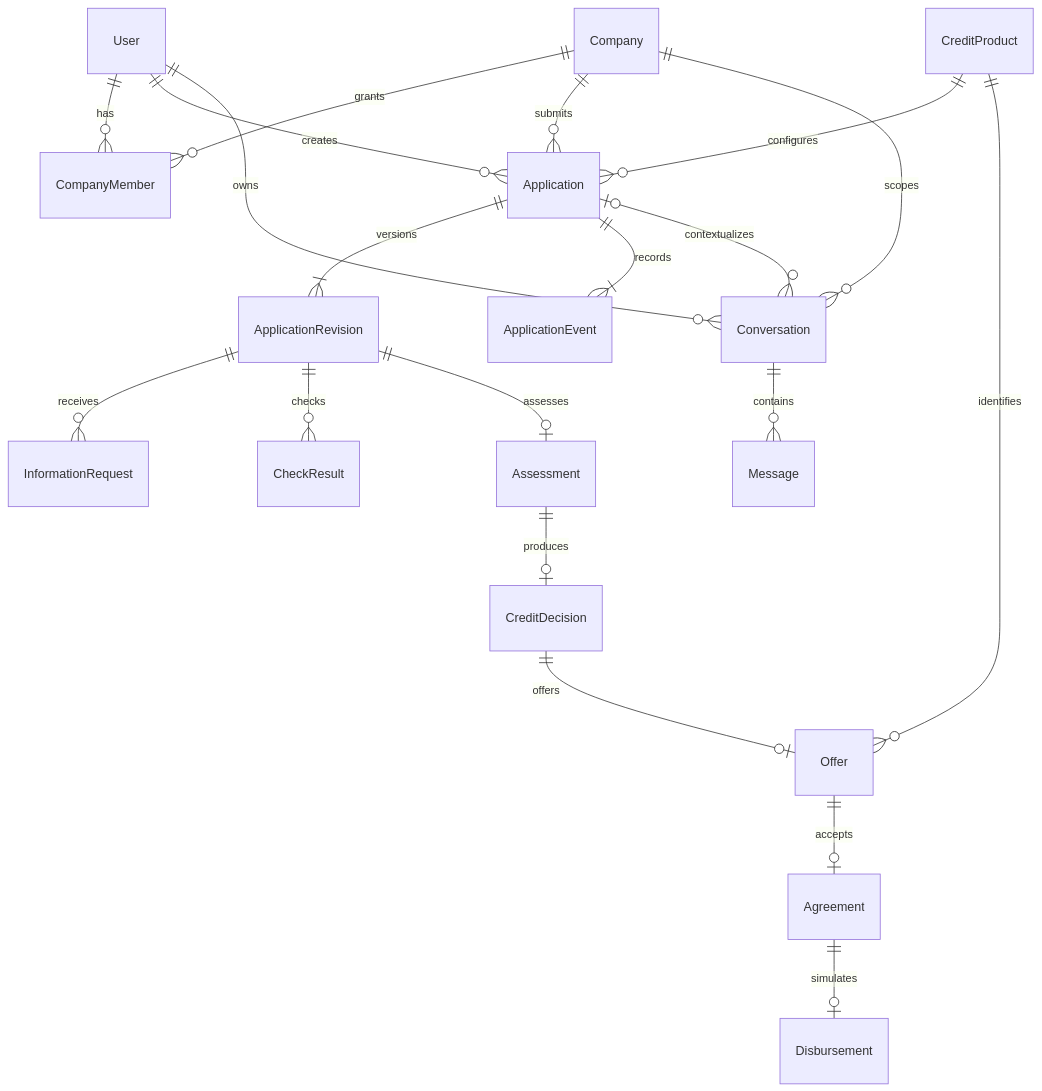
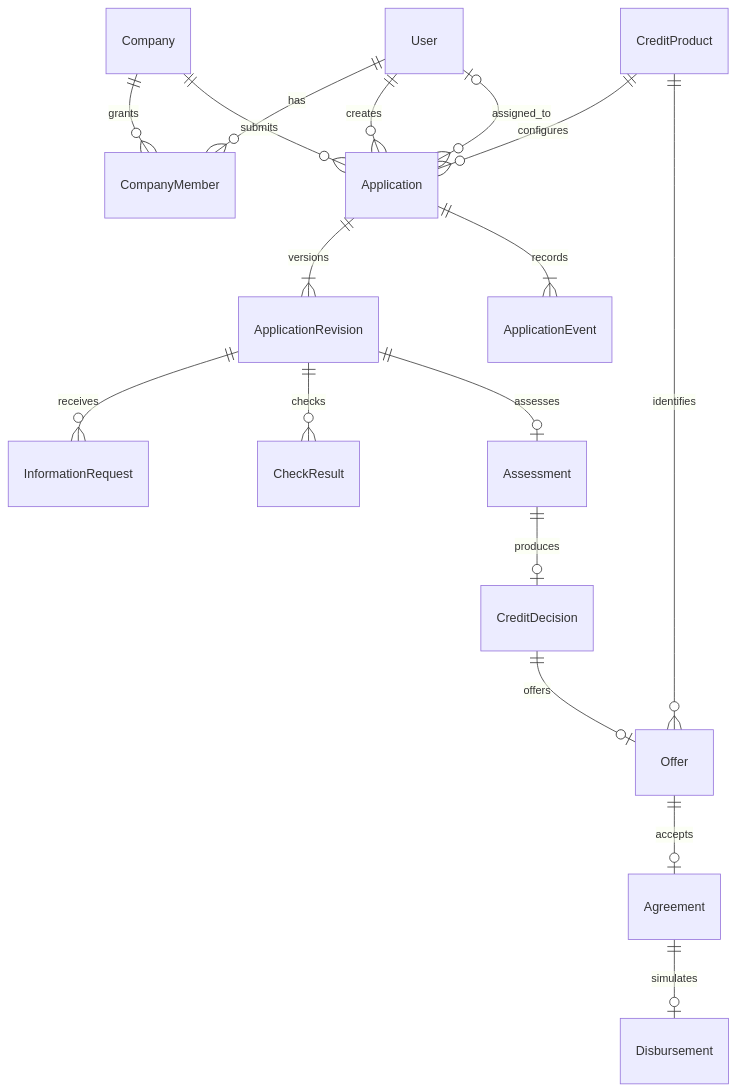
Before and after one commit to unish333ld/AlphaFutureHackathon2026: the diagram in docs/data-model.md, drawn with Mermaid. The commit also changed other lines of this file and 110 other files, not shown here.

````diff
--- a/docs/data-model.md
+++ b/docs/data-model.md
@@ -5,22 +7,19 @@
 ```mermaid
 erDiagram
     User ||--o{ CompanyMember : has
     Company ||--o{ CompanyMember : grants
     Company ||--o{ Application : submits
     User ||--o{ Application : creates
+    User o|--o{ Application : assigned_to
     CreditProduct ||--o{ Application : configures
     Application ||--|{ ApplicationRevision : versions
     Application ||--|{ ApplicationEvent : records
     ApplicationRevision ||--o{ InformationRequest : receives
     ApplicationRevision ||--o{ CheckResult : checks
     ApplicationRevision ||--o| Assessment : assesses
     Assessment ||--o| CreditDecision : produces
     CreditDecision ||--o| Offer : offers
     CreditProduct ||--o{ Offer : identifies
     Offer ||--o| Agreement : accepts
     Agreement ||--o| Disbursement : simulates
-    User ||--o{ Conversation : owns
-    Company ||--o{ Conversation : scopes
-    Application |o--o{ Conversation : contextualizes
-    Conversation ||--o{ Message : contains
 ```
````
